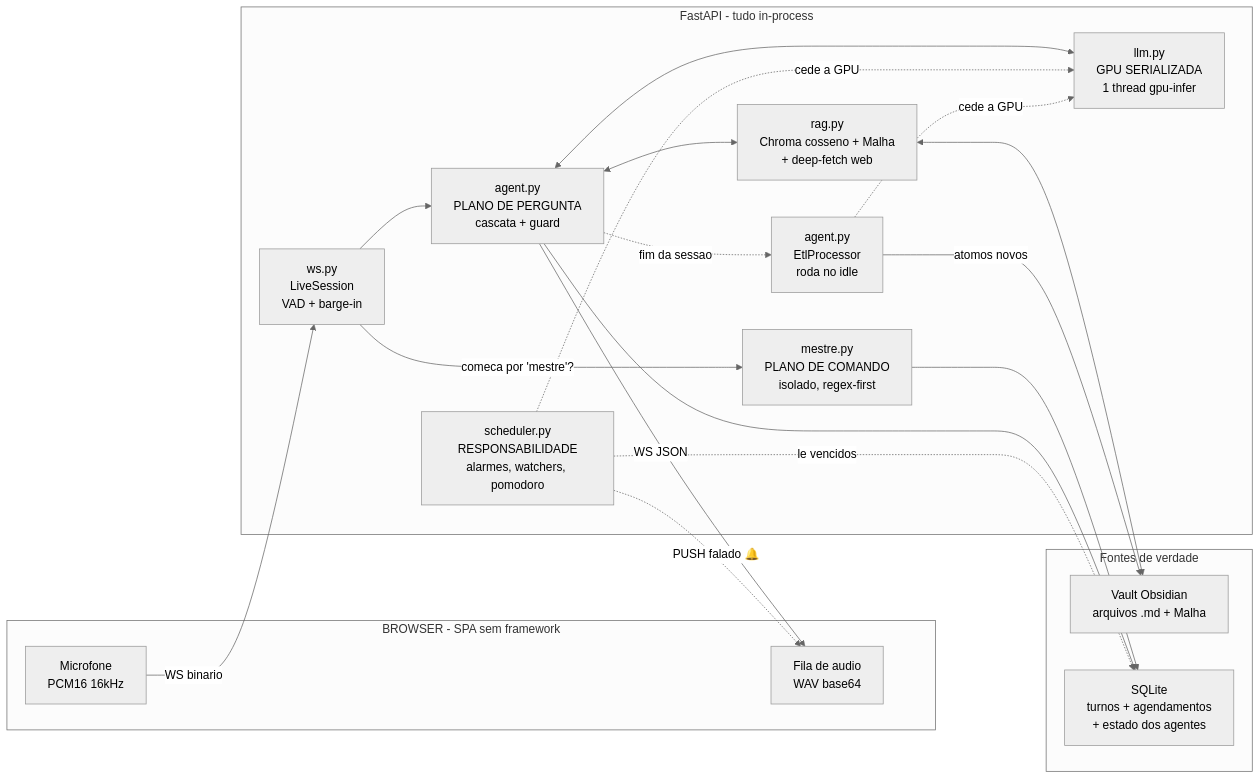
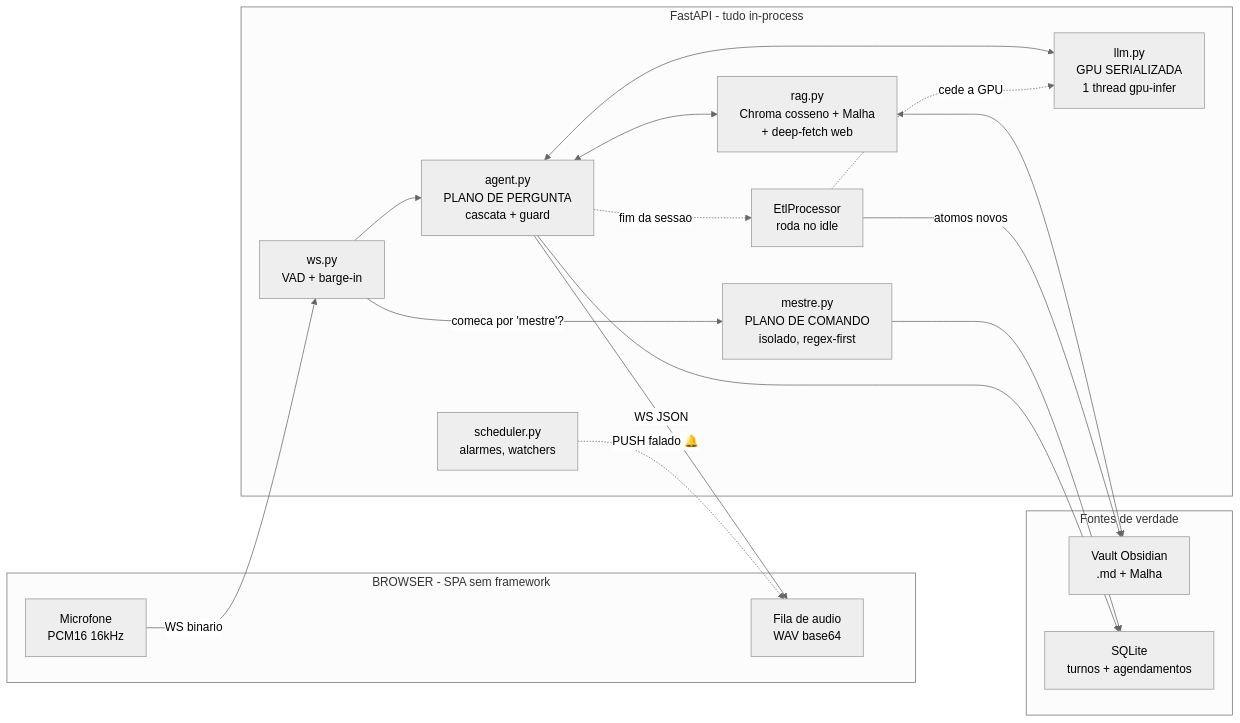
Before and after one commit to danielpvp22/mente_digital: the diagram in README.md, drawn with Mermaid (neutral theme). The commit also changed other lines of this file and 1 other file, not shown here.

````diff
--- a/README.md
+++ b/README.md
@@ -216,38 +82,33 @@
 ```mermaid
 flowchart LR
     subgraph CLIENTE["BROWSER - SPA sem framework"]
         MIC["Microfone<br/>PCM16 16kHz"]
         SPK["Fila de audio<br/>WAV base64"]
     end
-
     subgraph SERVIDOR["FastAPI - tudo in-process"]
-        WS["ws.py<br/>LiveSession<br/>VAD + barge-in"]
+        WS["ws.py<br/>VAD + barge-in"]
         MST["mestre.py<br/>PLANO DE COMANDO<br/>isolado, regex-first"]
         AG["agent.py<br/>PLANO DE PERGUNTA<br/>cascata + guard"]
         LLM["llm.py<br/>GPU SERIALIZADA<br/>1 thread gpu-infer"]
         RAG["rag.py<br/>Chroma cosseno + Malha<br/>+ deep-fetch web"]
-        SCH["scheduler.py<br/>RESPONSABILIDADE<br/>alarmes, watchers, pomodoro"]
-        ETL["agent.py<br/>EtlProcessor<br/>roda no idle"]
+        SCH["scheduler.py<br/>alarmes, watchers"]
+        ETL["EtlProcessor<br/>roda no idle"]
     end
-
     subgraph DADOS["Fontes de verdade"]
-        VAULT["Vault Obsidian<br/>arquivos .md + Malha"]
-        SQL["SQLite<br/>turnos + agendamentos<br/>+ estado dos agentes"]
+        VAULT["Vault Obsidian<br/>.md + Malha"]
+        SQL["SQLite<br/>turnos + agendamentos"]
     end
-
     MIC -->|"WS binario"| WS
     WS -->|"comeca por 'mestre'?"| MST
     WS --> AG
     MST --> SQL
     AG <--> LLM
     AG <--> RAG
     AG -->|"WS JSON"| SPK
     RAG <--> VAULT
     AG --> SQL
-    SCH -.->|"le vencidos"| SQL
     SCH -.->|"PUSH falado 🔔"| SPK
-    SCH -.->|"cede a GPU"| LLM
     AG -.->|"fim da sessao"| ETL
     ETL -->|"atomos novos"| VAULT
     ETL -.->|"cede a GPU"| LLM
 ```
````
